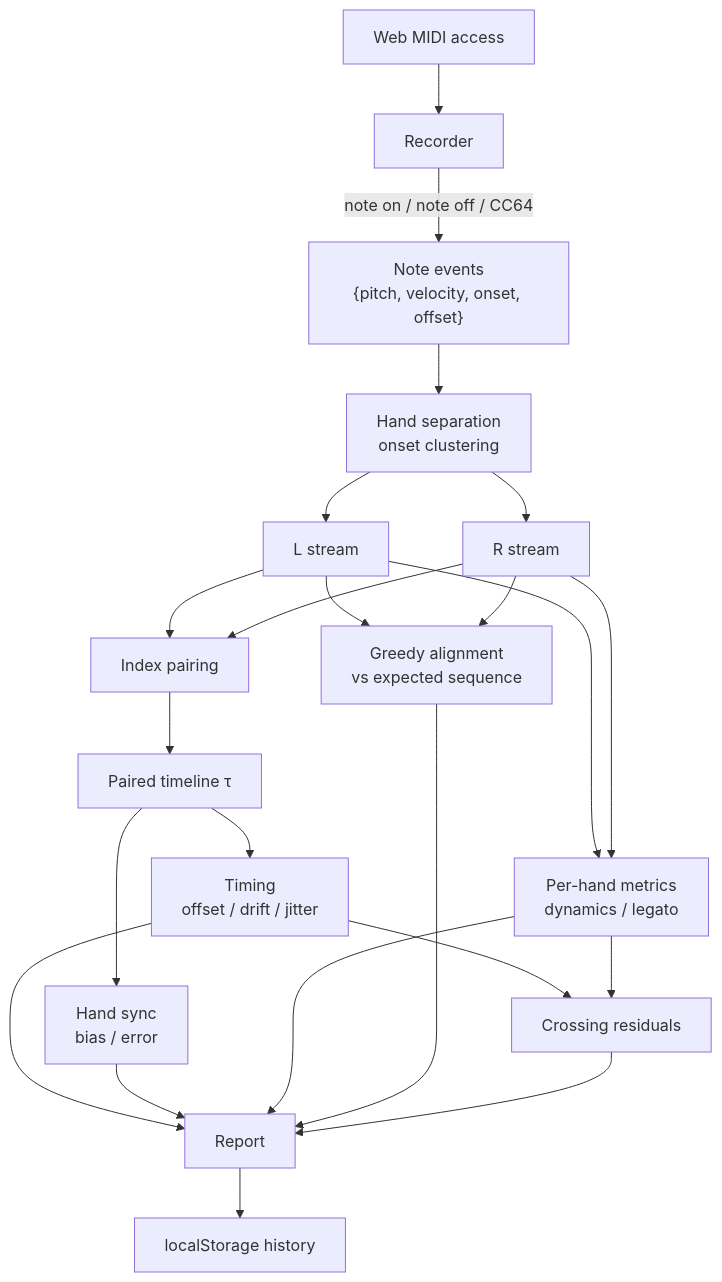
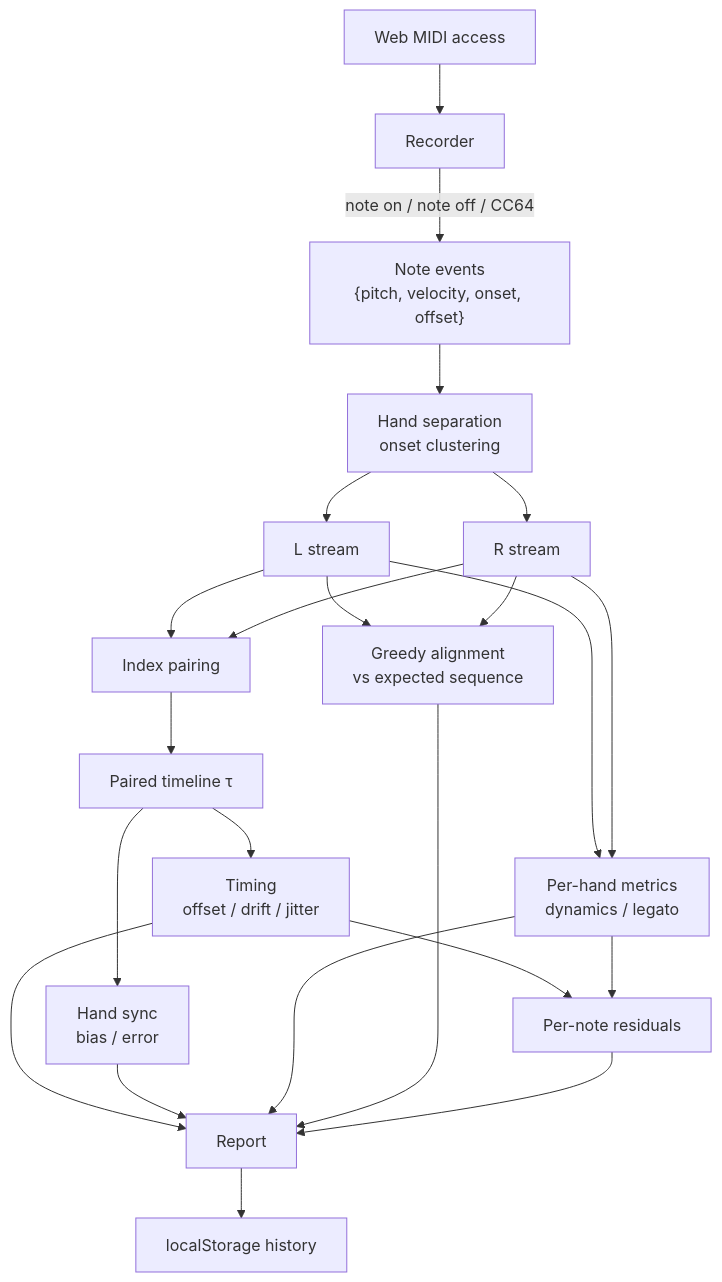
The diagram in DOCUMENTATION.md (yashpundir/Piano-feedback-tool), drawn with Mermaid before and after one commit. The commit also changed other lines of this file and 8 other files, not shown here.

````diff
--- a/DOCUMENTATION.md
+++ b/DOCUMENTATION.md
@@ -252,25 +258,25 @@
 ```mermaid
 flowchart TD
     A[Web MIDI access] --> B[Recorder]
     B -->|note on / note off / CC64| C["Note events<br/>{pitch, velocity, onset, offset}"]
     C --> D[Hand separation<br/>onset clustering]
     D --> E[L stream]
     D --> F[R stream]
     E --> G[Index pairing]
     F --> G
     G --> H["Paired timeline τ"]
     H --> I[Timing<br/>offset / drift / jitter]
     H --> J[Hand sync<br/>bias / error]
     E --> K[Per-hand metrics<br/>dynamics / legato]
     F --> K
     E --> L[Greedy alignment<br/>vs expected sequence]
     F --> L
-    I --> M[Crossing residuals]
+    I --> M[Per-note residuals]
     K --> M
     I --> N[Report]
     J --> N
     K --> N
     L --> N
     M --> N
     N --> O[localStorage history]
 ```
````
